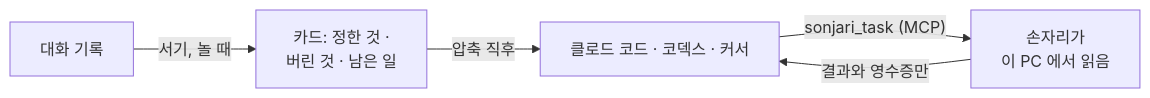
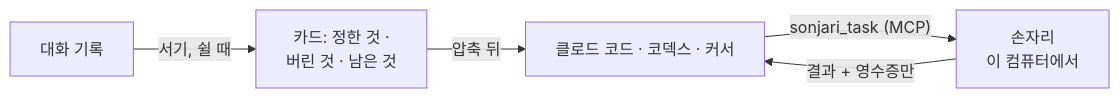
The first of 2 diagrams in README.ko.md (sonjari/sonjari), drawn with Mermaid before and after one commit. The commit also changed other lines of this file and 352 other files, not shown here.

````diff
--- a/README.ko.md
+++ b/README.ko.md
@@ -54,7 +100,7 @@
 ```mermaid
 flowchart LR
-    CC["클로드 코드 · 코덱스 · 커서"] -->|"sonjari_task (MCP)"| S["손자리가<br/>이 PC 에서 읽음"]
-    S -->|"결과와 영수증만"| CC
-    L["대화 기록"] -->|"서기, 놀 때"| K["카드: 정한 것 ·<br/>버린 것 · 남은 일"]
-    K -->|"압축 직후"| CC
+    CC["클로드 코드 · 코덱스 · 커서"] -->|"sonjari_task (MCP)"| S["손자리<br/>이 컴퓨터에서"]
+    S -->|"결과 + 영수증만"| CC
+    L["대화 기록"] -->|"서기, 쉴 때"| K["카드: 정한 것 ·<br/>버린 것 · 남은 것"]
+    K -->|"압축 뒤"| CC
 ```
````
